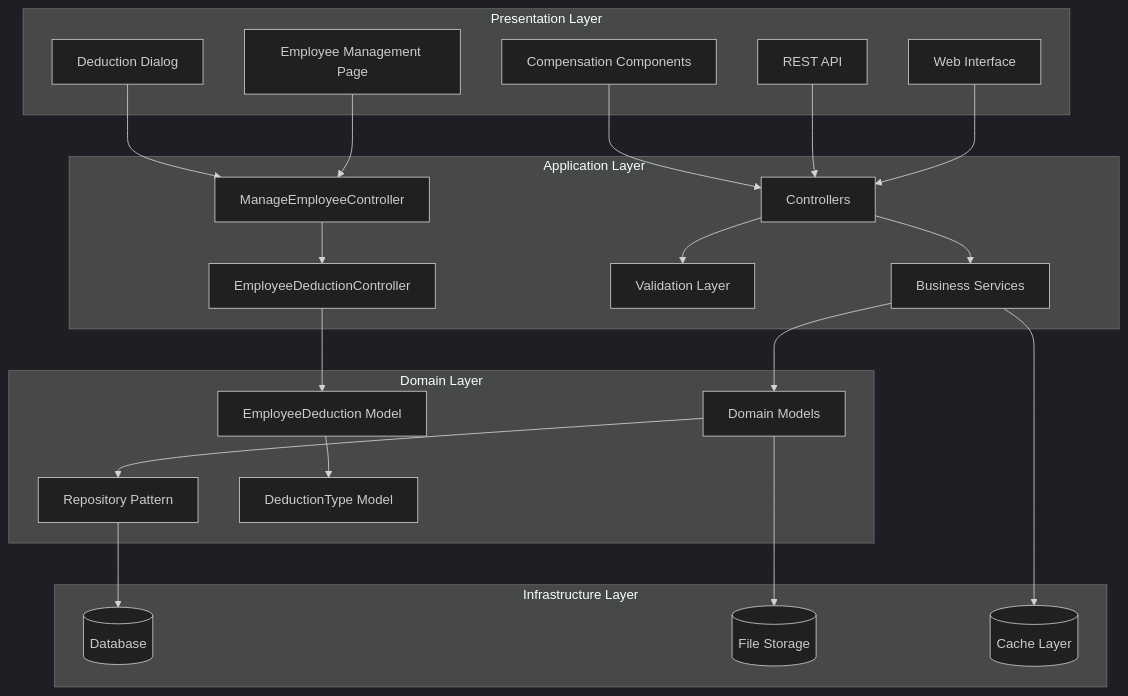
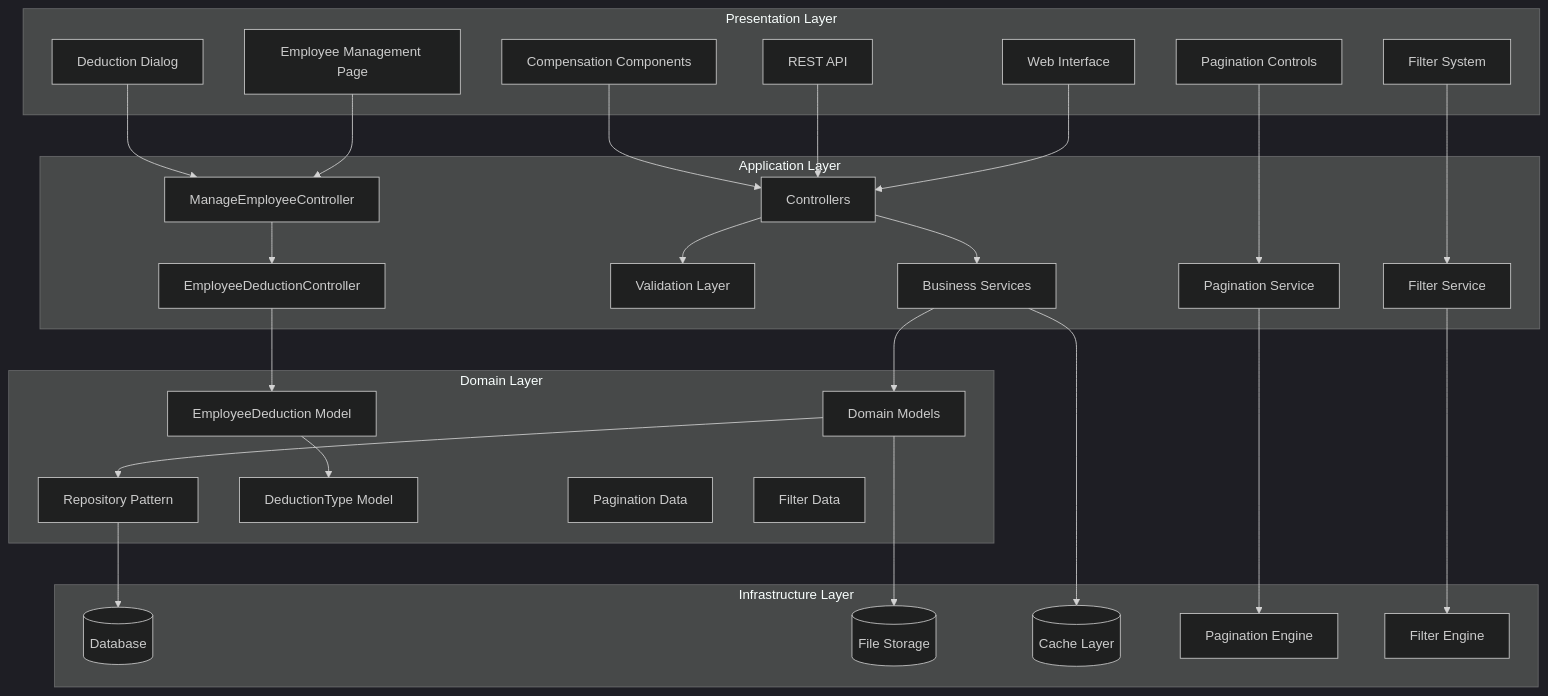
One commit to vincet0t15/template changed the second of 14 diagrams in .qoder/repowiki/en/content/Employee Management/Employee Compensation Management.md. Above: the diagram before and after it, drawn with Mermaid (dark theme). The commit also changed other lines of this file and 3 other files, not shown here.

````diff
--- a/.qoder/repowiki/en/content/Employee Management/Employee Compensation Management.md
+++ b/.qoder/repowiki/en/content/Employee Management/Employee Compensation Management.md
@@ -146,43 +150,55 @@
 ```mermaid
 graph TD
 subgraph "Presentation Layer"
 WebUI[Web Interface]
 API[REST API]
 EmployeeManage[Employee Management Page]
 Compensation[Compensation Components]
 DeductionDialog[Deduction Dialog]
+Pagination[Pagination Controls]
+Filters[Filter System]
 end
 subgraph "Application Layer"
 Controllers[Controllers]
 Services[Business Services]
 Validators[Validation Layer]
 ManageController[ManageEmployeeController]
 DeductionController[EmployeeDeductionController]
+PaginationService[Pagination Service]
+FilterService[Filter Service]
 end
 subgraph "Domain Layer"
 Models[Domain Models]
 Repositories[Repository Pattern]
 EmployeeDeduction[EmployeeDeduction Model]
 DeductionType[DeductionType Model]
+PaginationData[Pagination Data]
+FilterData[Filter Data]
 end
 subgraph "Infrastructure Layer"
 Database[(Database)]
 Storage[(File Storage)]
 Cache[(Cache Layer)]
+PaginationEngine[Pagination Engine]
+FilterEngine[Filter Engine]
 end
 WebUI --> Controllers
 API --> Controllers
 EmployeeManage --> ManageController
 Compensation --> Controllers
 DeductionDialog --> ManageController
+Pagination --> PaginationService
+Filters --> FilterService
 ManageController --> DeductionController
 DeductionController --> EmployeeDeduction
 EmployeeDeduction --> DeductionType
 Controllers --> Services
 Services --> Models
 Models --> Repositories
 Repositories --> Database
 Models --> Storage
 Services --> Cache
 Controllers --> Validators
+PaginationService --> PaginationEngine
+FilterService --> FilterEngine
 ```
````
